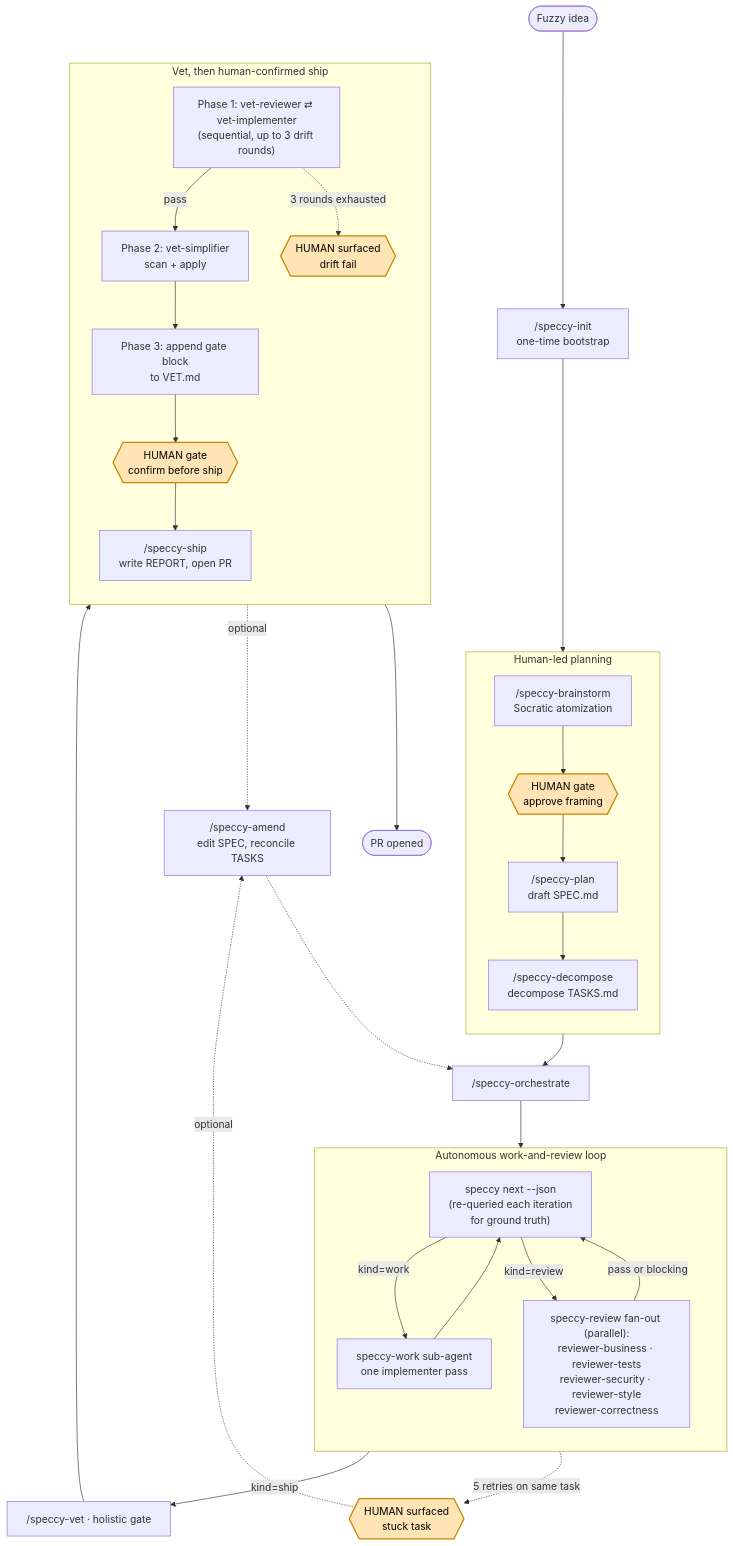
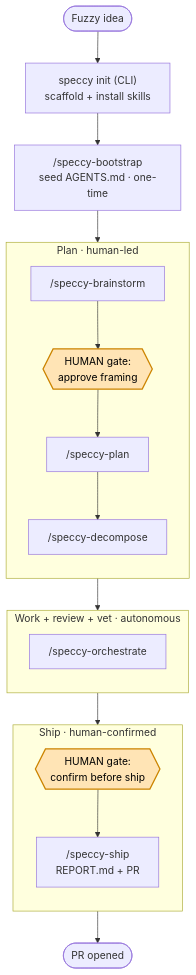
Before and after one commit to kvnxiao/speccy: the diagram in README.md, drawn with Mermaid. The commit also changed other lines of this file and 44 other files, not shown here.

````diff
--- a/README.md
+++ b/README.md
@@ -220,52 +95,34 @@
 ```mermaid
 flowchart TD
-    Start([Fuzzy idea]) --> Init["/speccy-init<br/>one-time bootstrap"]
+    Idea([Fuzzy idea]) --> Init["speccy init (CLI)<br/>scaffold + install skills"]
 
-    subgraph Plan_zone [Human-led planning]
+    subgraph Plan [Plan · human-led]
       direction TB
-      Brain["/speccy-brainstorm<br/>Socratic atomization"]
-      BrainGate{{HUMAN gate<br/>approve framing}}
-      PlanCmd["/speccy-plan<br/>draft SPEC.md"]
-      TasksCmd["/speccy-decompose<br/>decompose TASKS.md"]
-      Brain --> BrainGate --> PlanCmd --> TasksCmd
+      Brain["/speccy-brainstorm"]
+      G1{{HUMAN gate:<br/>approve framing}}
+      PlanCmd["/speccy-plan"]
+      Decomp["/speccy-decompose"]
+      Brain --> G1 --> PlanCmd --> Decomp
     end
 
-    Init --> Brain
-    TasksCmd --> Orch["/speccy-orchestrate"]
-
-    subgraph Auto_zone [Autonomous work-and-review loop]
+    subgraph Loop [Work + review + vet · autonomous]
       direction TB
-      NextQ["speccy next --json<br/>(re-queried each iteration<br/>for ground truth)"]
-      Work["speccy-work sub-agent<br/>one implementer pass"]
-      ReviewFan["speccy-review fan-out (parallel):<br/>reviewer-business · reviewer-tests<br/>reviewer-security · reviewer-style<br/>reviewer-correctness"]
-      NextQ -->|kind=work| Work
-      Work --> NextQ
-      NextQ -->|kind=review| ReviewFan
-      ReviewFan -->|pass or blocking| NextQ
+      Orch["/speccy-orchestrate"]
     end
 
-    Orch --> NextQ
-    ReviewFan -.->|5 retries on same task| Stuck{{HUMAN surfaced<br/>stuck task}}
-    NextQ -->|kind=ship| Vet["/speccy-vet · holistic gate"]
-
-    subgraph Ship_zone [Vet, then human-confirmed ship]
+    subgraph Ship [Ship · human-confirmed]
       direction TB
-      Drift["Phase 1: vet-reviewer ⇄ vet-implementer<br/>(sequential, up to 3 drift rounds)"]
-      Simp["Phase 2: vet-simplifier<br/>scan + apply"]
-      Gate["Phase 3: append gate block<br/>to VET.md"]
-      ShipGate{{HUMAN gate<br/>confirm before ship}}
-      Ship["/speccy-ship<br/>write REPORT, open PR"]
-      Drift -->|pass| Simp --> Gate --> ShipGate --> Ship
-      Drift -.->|3 rounds exhausted| DriftFail{{HUMAN surfaced<br/>drift fail}}
+      G2{{HUMAN gate:<br/>confirm before ship}}
+      ShipCmd["/speccy-ship<br/>REPORT.md + PR"]
+      G2 --> ShipCmd
     end
 
-    Vet --> Drift
-    Ship --> Done([PR opened])
-
-    Stuck -.->|optional| Amend["/speccy-amend<br/>edit SPEC, reconcile TASKS"]
-    DriftFail -.->|optional| Amend
-    Amend -.-> Orch
+    Init --> Boot["/speccy-bootstrap<br/>seed AGENTS.md · one-time"]
+    Boot --> Brain
+    Decomp --> Orch
+    Orch --> G2
+    ShipCmd --> Done([PR opened])
 
     classDef human fill:#ffe4b5,stroke:#cc8400,stroke-width:2px,color:#000
-    class BrainGate,Stuck,DriftFail,ShipGate human
+    class G1,G2 human
 ```
````
